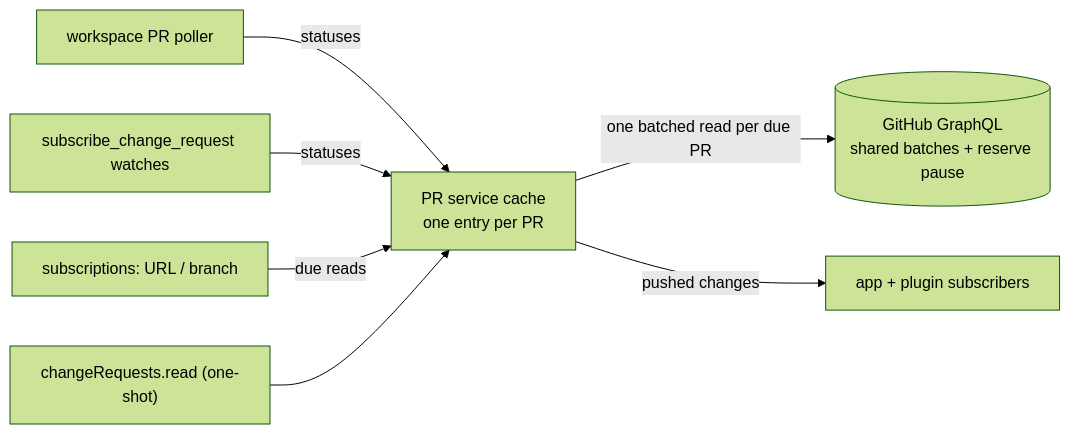
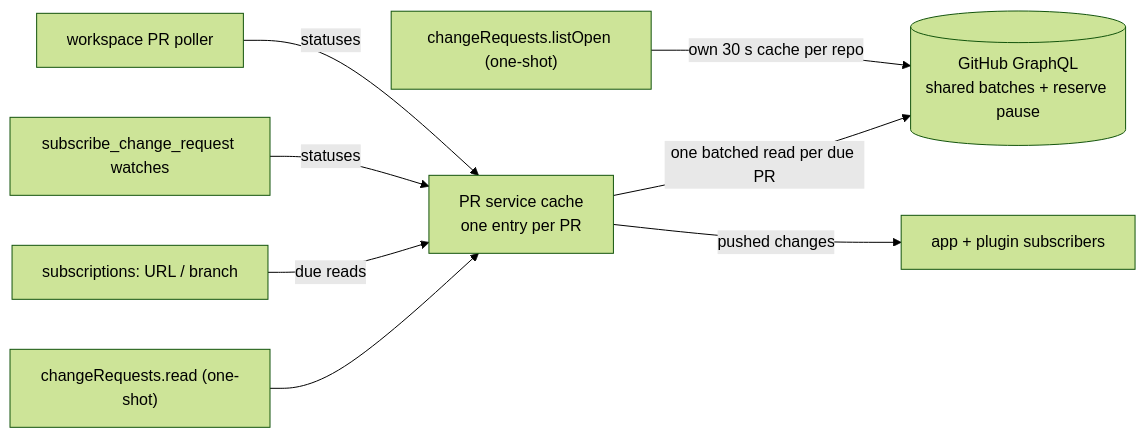
The diagram in docs/pr-service.md (fullstackhouse/paseo), drawn with Mermaid (forest theme) before and after one commit. The commit also changed other lines of this file and 18 other files, not shown here.

First line of the commit message:
feat(server): list a repository's open PRs in the PR service (#290)

````diff
--- a/docs/pr-service.md
+++ b/docs/pr-service.md
@@ -11,9 +11,10 @@
 ```mermaid
 flowchart LR
   WP[workspace PR poller] -- statuses --> C
   W[subscribe_change_request watches] -- statuses --> C
   S[subscriptions: URL / branch] -- due reads --> C
   R["changeRequests.read (one-shot)"] --> C
+  L["changeRequests.listOpen (one-shot)"] -- own 30 s cache per repo --> GH
   C["PR service cache<br/>one entry per PR"] -- one batched read per due PR --> GH[(GitHub GraphQL<br/>shared batches + reserve pause)]
   C -- pushed changes --> SUB[app + plugin subscribers]
 ```
````
